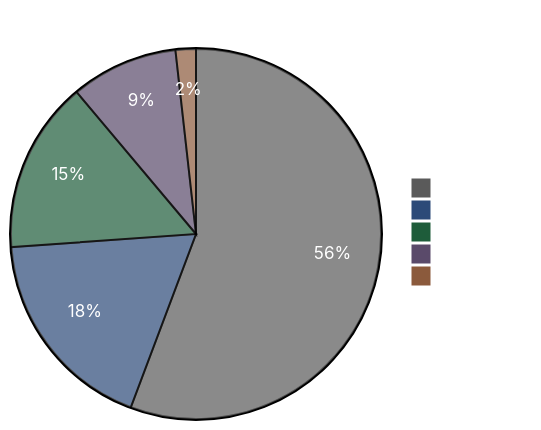
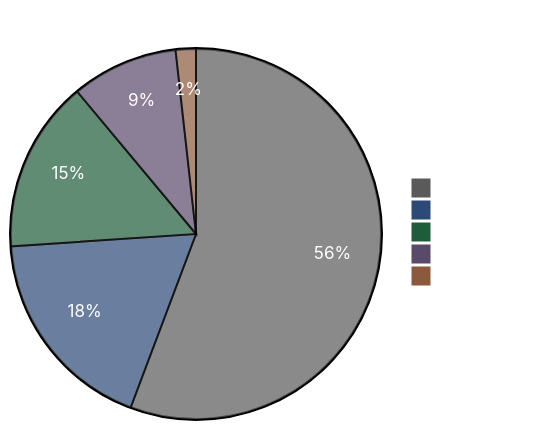
Before and after one commit to ccmeteorljh/reco-arxiv-daily: the diagram in README.md, drawn with Mermaid. The commit also changed other lines of this file and 7 other files, not shown here.

````diff
--- a/README.md
+++ b/README.md
@@ -6,19 +6,19 @@
 ```mermaid
 %%{init: {'theme':'base', 'themeVariables': {
   'pie1':'#5a5a5a',
   'pie2':'#2c4a78',
   'pie3':'#1e5c3a',
   'pie4':'#5a4a6a',
   'pie5':'#8b5a3c',
   'pieTitleTextColor':'#ffffff',
   'pieSectionTextColor':'#ffffff',
   'pieLegendTextColor':'#ffffff'
 }}}%%
 pie showData
 title Paper Distribution by Tag
-  "Other" : 691
-  "LLM" : 225
-  "GR" : 186
+  "Other" : 695
+  "LLM" : 227
+  "GR" : 187
   "Seq" : 116
   "Scaling" : 22
 ```
````
